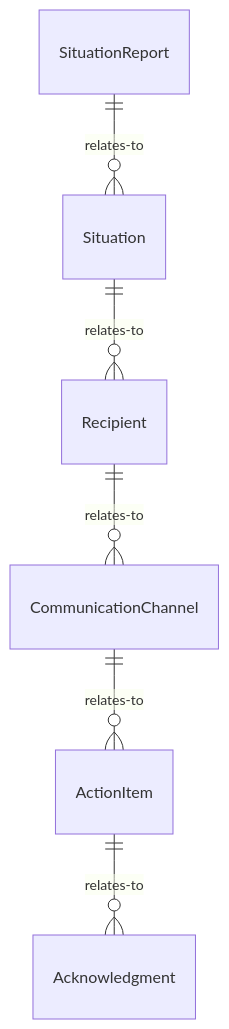
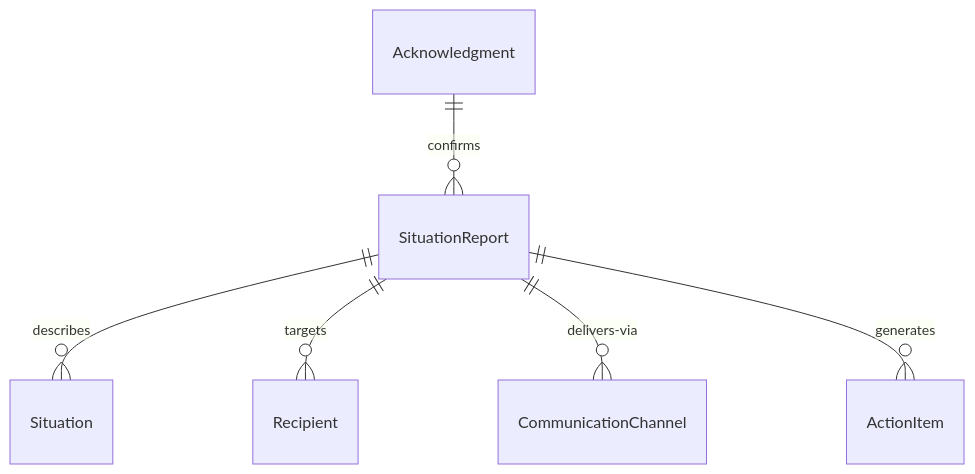
The first of 4 diagrams in CommunicatingWithSupervisorsPeersOrSubordinates/NotifyOthersOfEmergenciesOrProblems/CommunicateSituationDetailsAppropriatePersonnel.mdx (dot-org-ai/tasks.org.ai), drawn with Mermaid before and after one commit. The commit also changed other lines of this file and 515 other files, not shown here.

````diff
--- a/CommunicatingWithSupervisorsPeersOrSubordinates/NotifyOthersOfEmergenciesOrProblems/CommunicateSituationDetailsAppropriatePersonnel.mdx
+++ b/CommunicatingWithSupervisorsPeersOrSubordinates/NotifyOthersOfEmergenciesOrProblems/CommunicateSituationDetailsAppropriatePersonnel.mdx
@@ -85,8 +85,8 @@
 ```mermaid
 erDiagram
-    SituationReport ||--o{ Situation : relates-to
-    Situation ||--o{ Recipient : relates-to
-    Recipient ||--o{ CommunicationChannel : relates-to
-    CommunicationChannel ||--o{ ActionItem : relates-to
-    ActionItem ||--o{ Acknowledgment : relates-to
+    SituationReport ||--o{ Situation : describes
+    SituationReport ||--o{ Recipient : targets
+    SituationReport ||--o{ CommunicationChannel : delivers-via
+    SituationReport ||--o{ ActionItem : generates
+    Acknowledgment ||--o{ SituationReport : confirms
 ```
````
